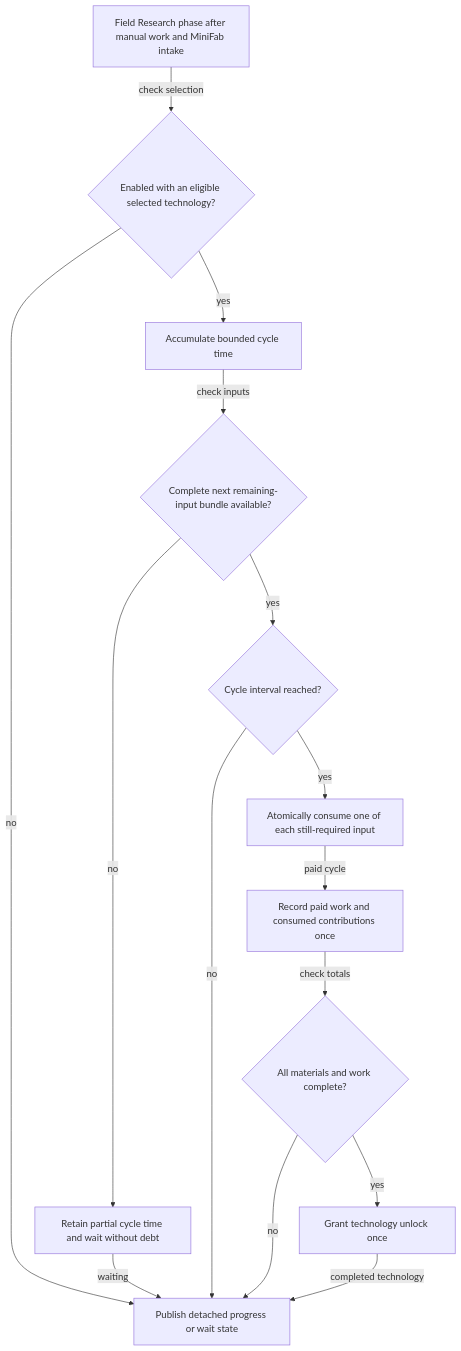
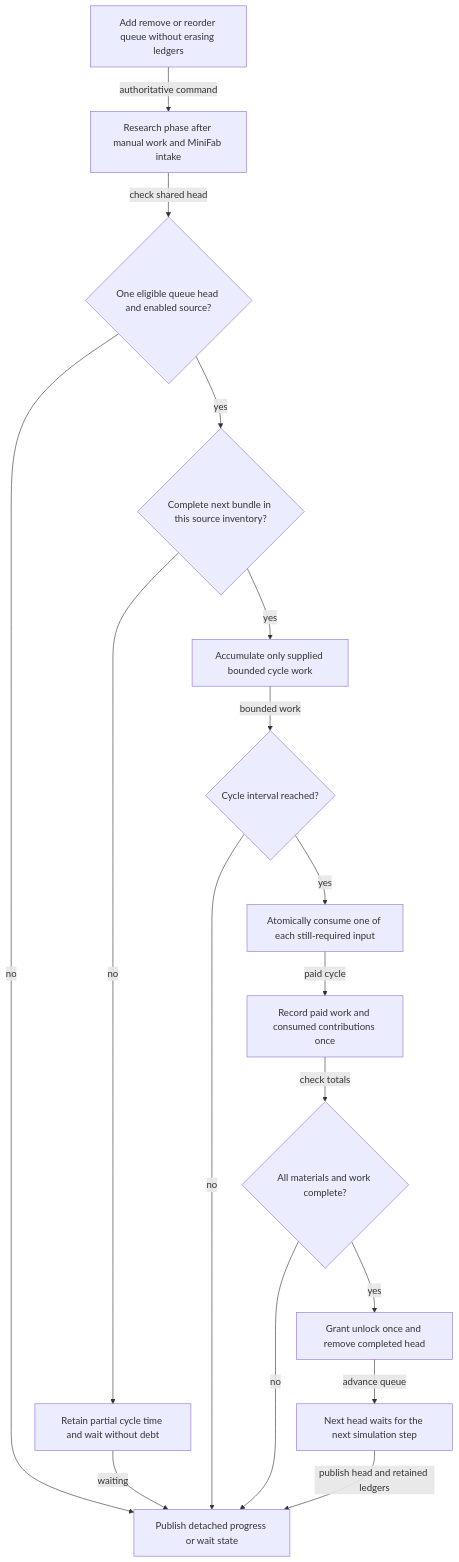
The fifth of 5 diagrams in docs/plans/README.md (Googlproxer/Scrapworks), drawn with Mermaid before and after one commit. The commit also changed other lines of this file and 46 other files, not shown here.

First line of the commit message:
Implement shared research queue and M5

````diff
--- a/docs/plans/README.md
+++ b/docs/plans/README.md
@@ -285,29 +285,33 @@
 ```mermaid
 flowchart TB
-    Phase[Field Research phase after manual work and MiniFab intake]
-    Active{Enabled with an eligible selected technology?}
-    Time[Accumulate bounded cycle time]
-    Stock{Complete next remaining-input bundle available?}
+    Edit[Add remove or reorder queue without erasing ledgers]
+    Phase[Research phase after manual work and MiniFab intake]
+    Active{One eligible queue head and enabled source?}
+    Time[Accumulate only supplied bounded cycle work]
+    Stock{Complete next bundle in this source inventory?}
     Wait[Retain partial cycle time and wait without debt]
     Due{Cycle interval reached?}
     Commit[Atomically consume one of each still-required input]
     Work[Record paid work and consumed contributions once]
     Complete{All materials and work complete?}
-    Unlock[Grant technology unlock once]
+    Unlock[Grant unlock once and remove completed head]
+    Next[Next head waits for the next simulation step]
     Publish[Publish detached progress or wait state]
 
-    Phase -->|check selection| Active
-    Active -->|yes| Time
+    Edit -->|authoritative command| Phase
+    Phase -->|check shared head| Active
+    Active -->|yes| Stock
     Active -->|no| Publish
-    Time -->|check inputs| Stock
     Stock -->|no| Wait
-    Stock -->|yes| Due
+    Stock -->|yes| Time
+    Time -->|bounded work| Due
     Wait -->|waiting| Publish
     Due -->|no| Publish
     Due -->|yes| Commit
     Commit -->|paid cycle| Work
     Work -->|check totals| Complete
     Complete -->|yes| Unlock
     Complete -->|no| Publish
-    Unlock -->|completed technology| Publish
+    Unlock -->|advance queue| Next
+    Next -->|publish head and retained ledgers| Publish
 ```
````
